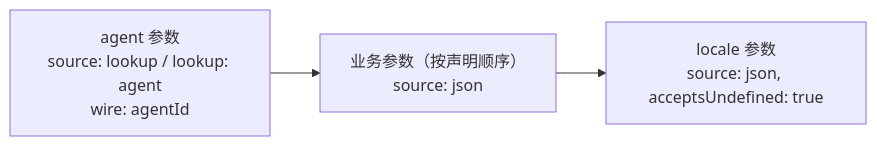
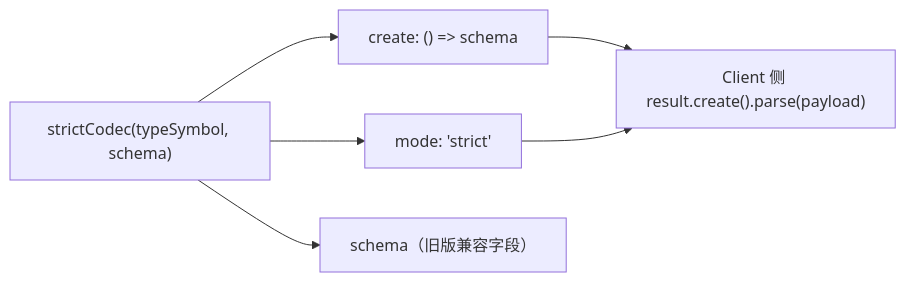
The second of 5 diagrams in .codewiki/modules/console-remote.md (ikliml666/dsh-git-workspace), drawn with Mermaid before and after one commit. The commit also changed other lines of this file and 117 other files, not shown here.

````diff
--- a/.codewiki/modules/console-remote.md
+++ b/.codewiki/modules/console-remote.md
@@ -135,5 +111,8 @@
 ```mermaid
 flowchart LR
-  A["agent 参数<br/>source: lookup / lookup: agent<br/>wire: agentId"] --> B["业务参数（按声明顺序）<br/>source: json"]
-  B --> C["locale 参数<br/>source: json, acceptsUndefined: true"]
+  A["strictCodec(typeSymbol, schema)"] --> B["mode: 'strict'"]
+  A --> C["create: () => schema"]
+  A --> D["schema（旧版兼容字段）"]
+  C --> E["Client 侧 result.create().parse(payload)"]
+  B --> E
 ```
````
